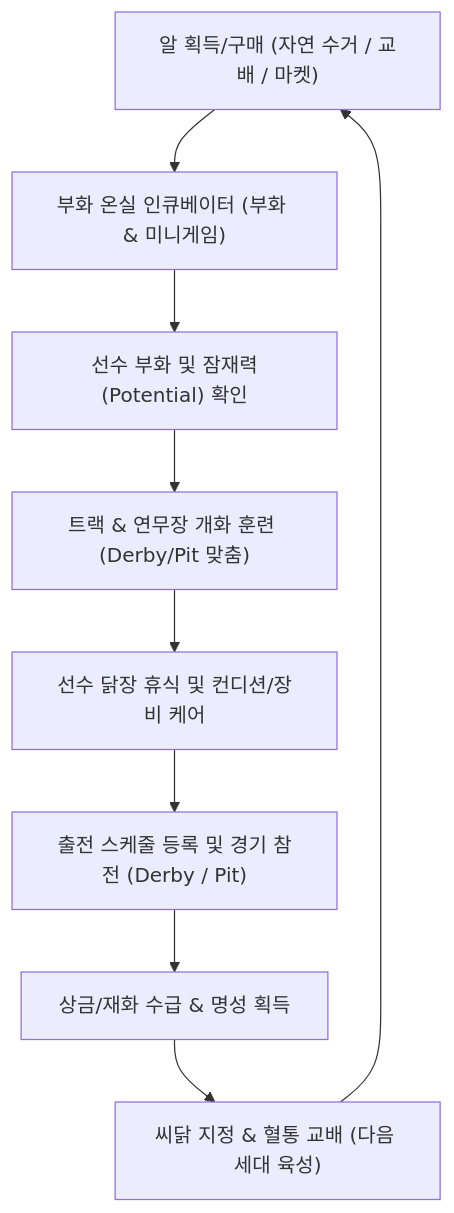
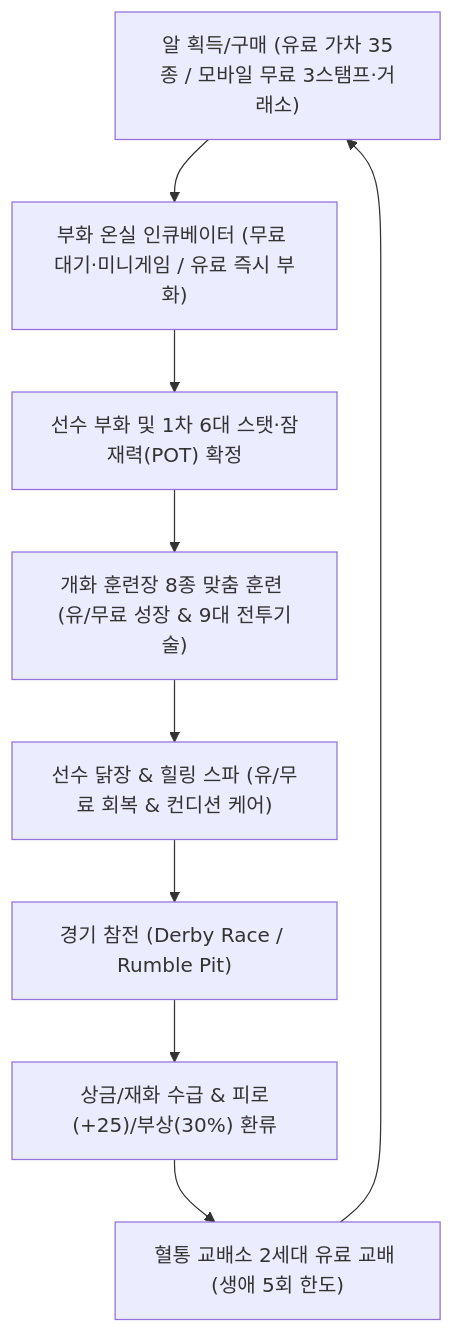
The diagram in docs/farm/docs/Rumble Farm 기획방향.md (fingerfinger/rooster-rumble), drawn with Mermaid before and after one commit. The commit also changed other lines of this file and 73 other files, not shown here.

````diff
--- a/docs/farm/docs/Rumble Farm 기획방향.md
+++ b/docs/farm/docs/Rumble Farm 기획방향.md
@@ -48,11 +65,11 @@
 ```mermaid
 flowchart TD
-    A["알 획득/구매 (자연 수거 / 교배 / 마켓)"] --> B["부화 온실 인큐베이터 (부화 & 미니게임)"]
-    B --> C["선수 부화 및 잠재력(Potential) 확인"]
-    C --> D["트랙 & 연무장 개화 훈련 (Derby/Pit 맞춤)"]
-    D --> E["선수 닭장 휴식 및 컨디션/장비 케어"]
-    E --> F["출전 스케줄 등록 및 경기 참전 (Derby / Pit)"]
-    F --> G["상금/재화 수급 & 명성 획득"]
-    G --> H["씨닭 지정 & 혈통 교배 (다음 세대 육성)"]
+    A["알 획득/구매 (유료 가차 35종 / 모바일 무료 3스탬프·거래소)"] --> B["부화 온실 인큐베이터 (무료 대기·미니게임 / 유료 즉시 부화)"]
+    B --> C["선수 부화 및 1차 6대 스탯·잠재력(POT) 확정"]
+    C --> D["개화 훈련장 8종 맞춤 훈련 (유/무료 성장 & 9대 전투기술)"]
+    D --> E["선수 닭장 & 힐링 스파 (유/무료 회복 & 컨디션 케어)"]
+    E --> F["경기 참전 (Derby Race / Rumble Pit)"]
+    F --> G["상금/재화 수급 & 피로(+25)/부상(30%) 환류"]
+    G --> H["혈통 교배소 2세대 유료 교배 (생애 5회 한도)"]
     H --> A
 ```
````
